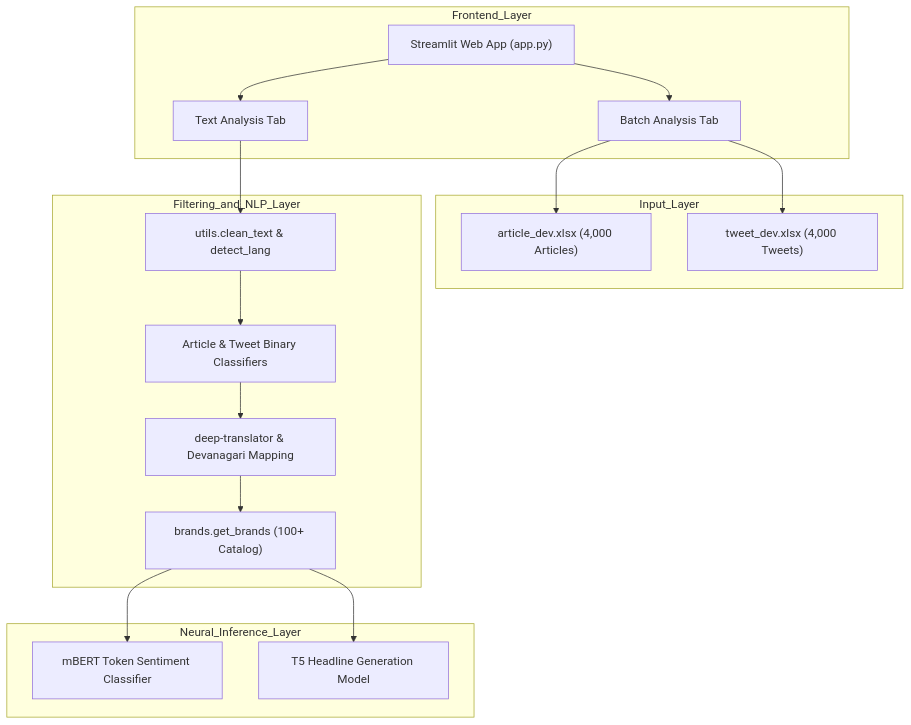
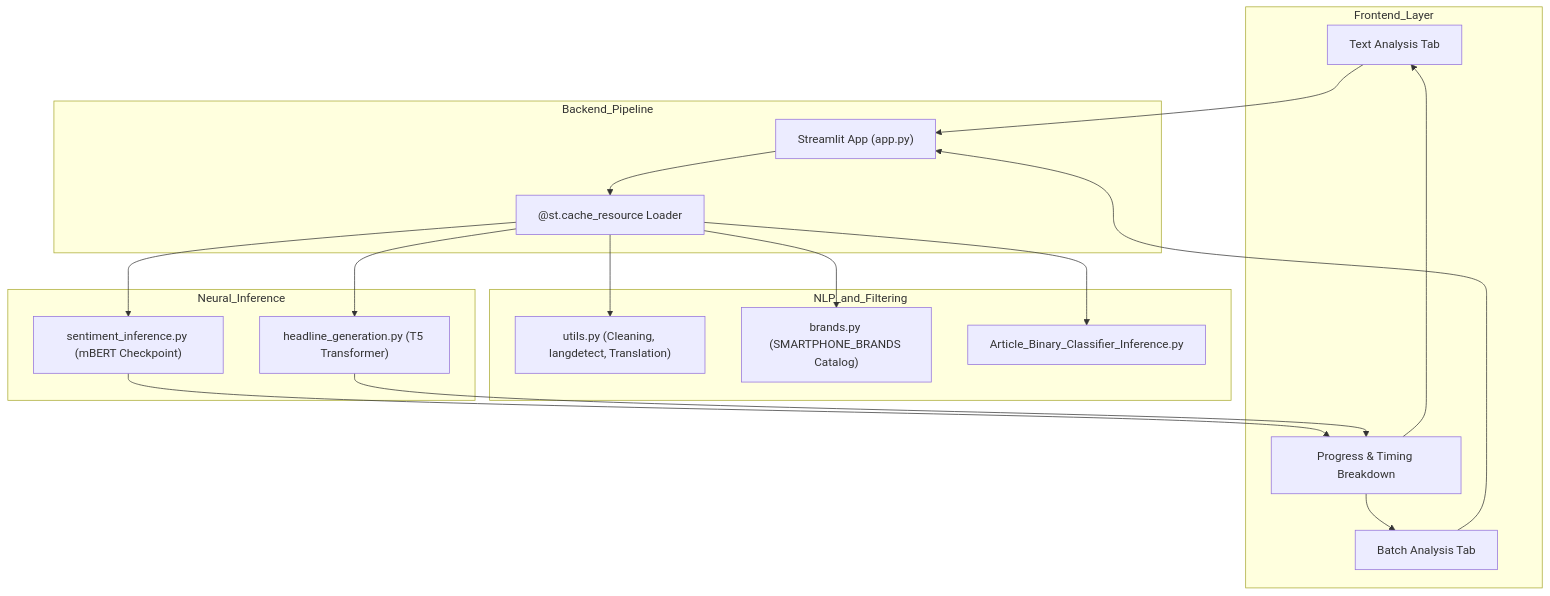
The third of 3 diagrams in README.md (Kritvi0208/BrandPulse), drawn with Mermaid before and after one commit. The commit also changed other lines of this file and 10 other files, not shown here.

Commit message:
Enhance BrandPulse pipeline: fine-tune mBERT sentiment model, update brand extraction rules, redesign Streamlit UI, and update documentation

````diff
--- a/README.md
+++ b/README.md
@@ -98,36 +90,37 @@
 ```mermaid
 flowchart TD
     subgraph Frontend_Layer
-        APP["Streamlit Web App (app.py)"]
         UI1["Text Analysis Tab"]
         UI2["Batch Analysis Tab"]
+        PB["Progress & Timing Breakdown"]
     end
 
-    subgraph Input_Layer
-        D1["article_dev.xlsx (4,000 Articles)"]
-        D2["tweet_dev.xlsx (4,000 Tweets)"]
+    subgraph Backend_Pipeline
+        APP["Streamlit App (app.py)"]
+        RES["@st.cache_resource Loader"]
     end
-    
-    subgraph Filtering_and_NLP_Layer
-        PRE["utils.clean_text & detect_lang"]
-        BC["Article & Tweet Binary Classifiers"]
-        TR["deep-translator & Devanagari Mapping"]
-        BR["brands.get_brands (100+ Catalog)"]
+
+    subgraph NLP_and_Filtering
+        PRE["utils.py (Cleaning, langdetect, Translation)"]
+        BR["brands.py (SMARTPHONE_BRANDS Catalog)"]
+        BC["Article_Binary_Classifier_Inference.py"]
     end
-    
-    subgraph Neural_Inference_Layer
-        SENT["mBERT Token Sentiment Classifier"]
-        HEAD["T5 Headline Generation Model"]
+
+    subgraph Neural_Inference
+        MBERT["sentiment_inference.py (mBERT Checkpoint)"]
+        T5["headline_generation.py (T5 Transformer)"]
     end
-    
-    APP --> UI1
-    APP --> UI2
-    UI1 --> PRE
-    UI2 --> D1
-    UI2 --> D2
-    PRE --> BC
-    BC --> TR
-    TR --> BR
-    BR --> SENT
-    BR --> HEAD
+
+    UI1 --> APP
+    UI2 --> APP
+    APP --> RES
+    RES --> PRE
+    RES --> BC
+    RES --> BR
+    RES --> MBERT
+    RES --> T5
+    MBERT --> PB
+    T5 --> PB
+    PB --> UI1
+    PB --> UI2
 ```
````
